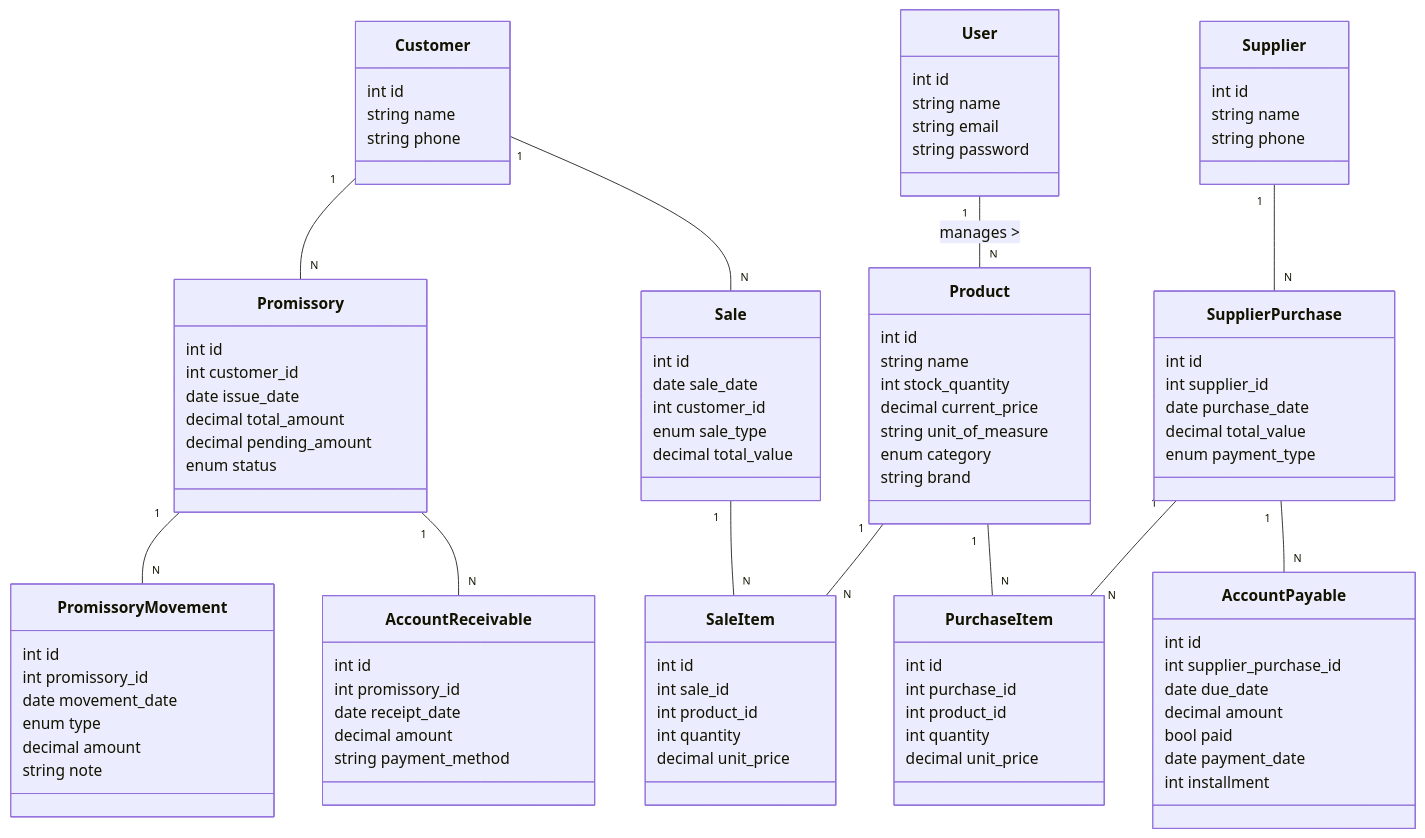
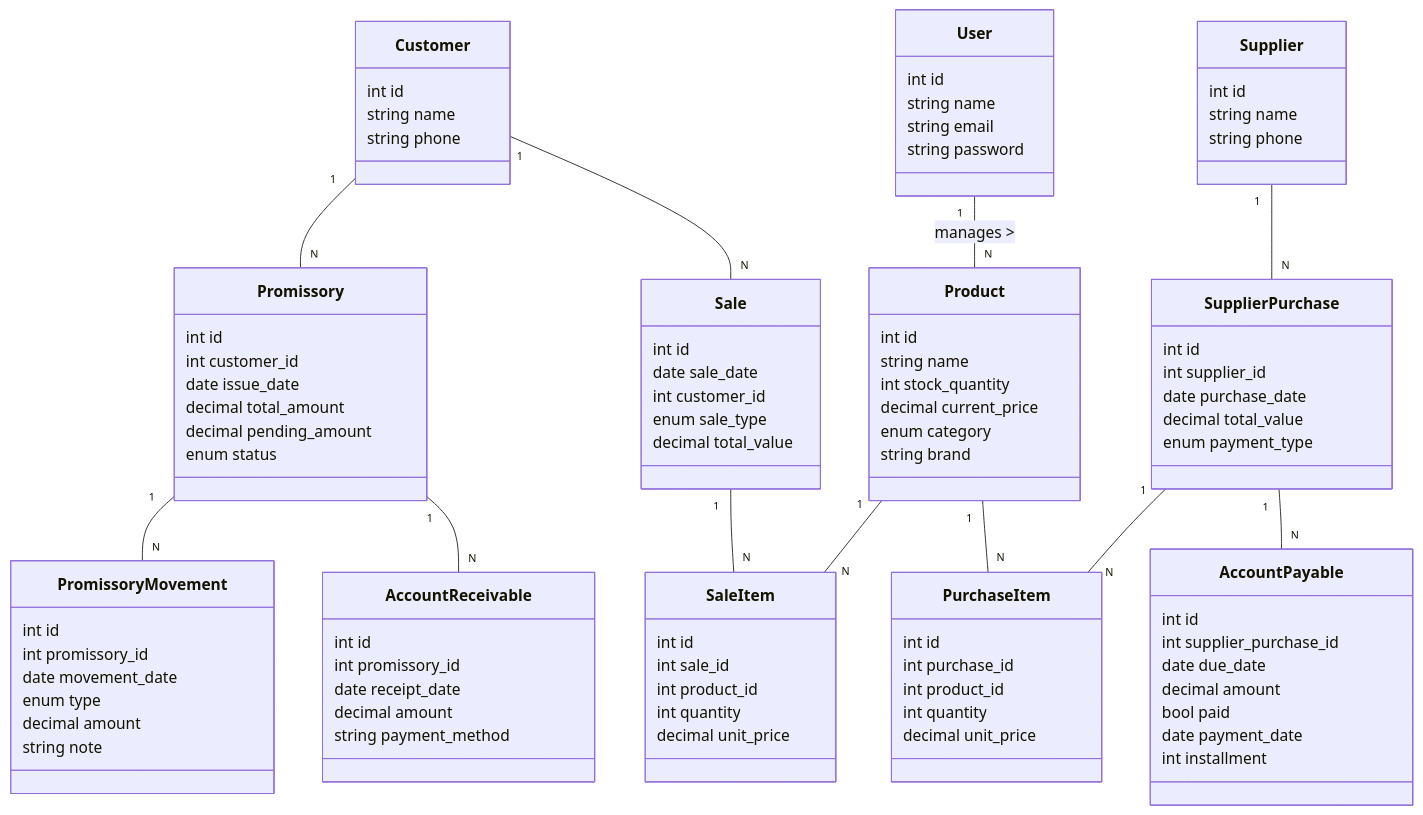
Before and after one commit to quirinof/rstore: the diagram in docs/models.md, drawn with Mermaid. The commit also changed 1 other file, not shown here.

Commit message:
feat: add schemas

```diff
--- a/docs/models.md
+++ b/docs/models.md
@@ -29,7 +29,6 @@
   string name
   int stock_quantity
   decimal current_price
-  string unit_of_measure
   enum category
   string brand
 }
```
